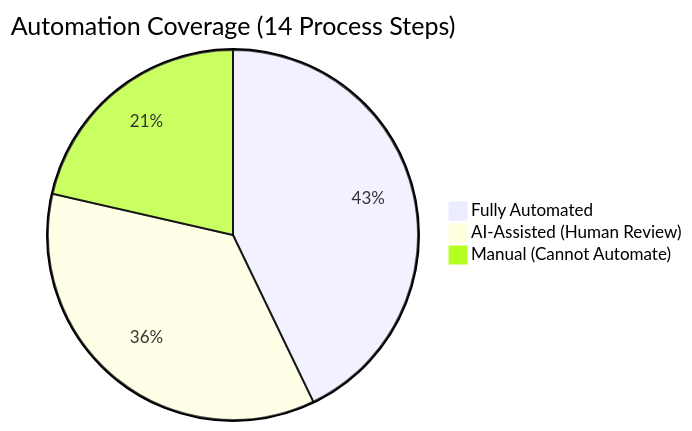
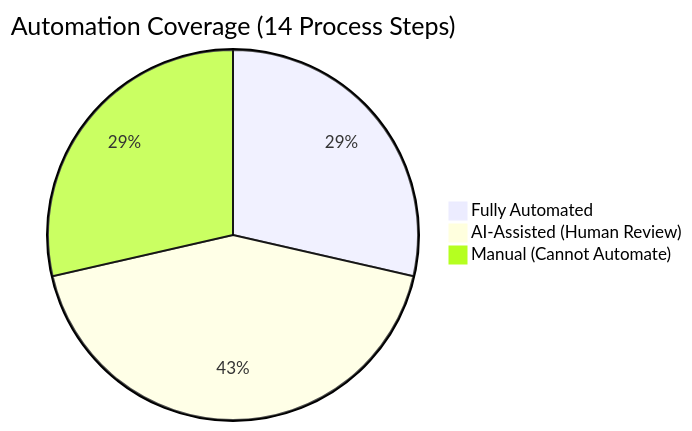
One commit to dkinvestments-art/n8n changed diagram 17 of 20 in docs/quarterly-meeting-automation/05-Comprehensive-Workflow-Documentation.md. Above: the diagram before and after it, drawn with Mermaid. The commit also changed other lines of this file, not shown here.

First line of the commit message:
docs: Apply payroll-manual and Karbon task changes to workflow doc

````diff
--- a/docs/quarterly-meeting-automation/05-Comprehensive-Workflow-Documentation.md
+++ b/docs/quarterly-meeting-automation/05-Comprehensive-Workflow-Documentation.md
@@ -913,6 +899,6 @@
 ```mermaid
 pie title Automation Coverage (14 Process Steps)
-    "Fully Automated" : 6
-    "AI-Assisted (Human Review)" : 5
-    "Manual (Cannot Automate)" : 3
+    "Fully Automated" : 4
+    "AI-Assisted (Human Review)" : 6
+    "Manual (Cannot Automate)" : 4
 ```
````
